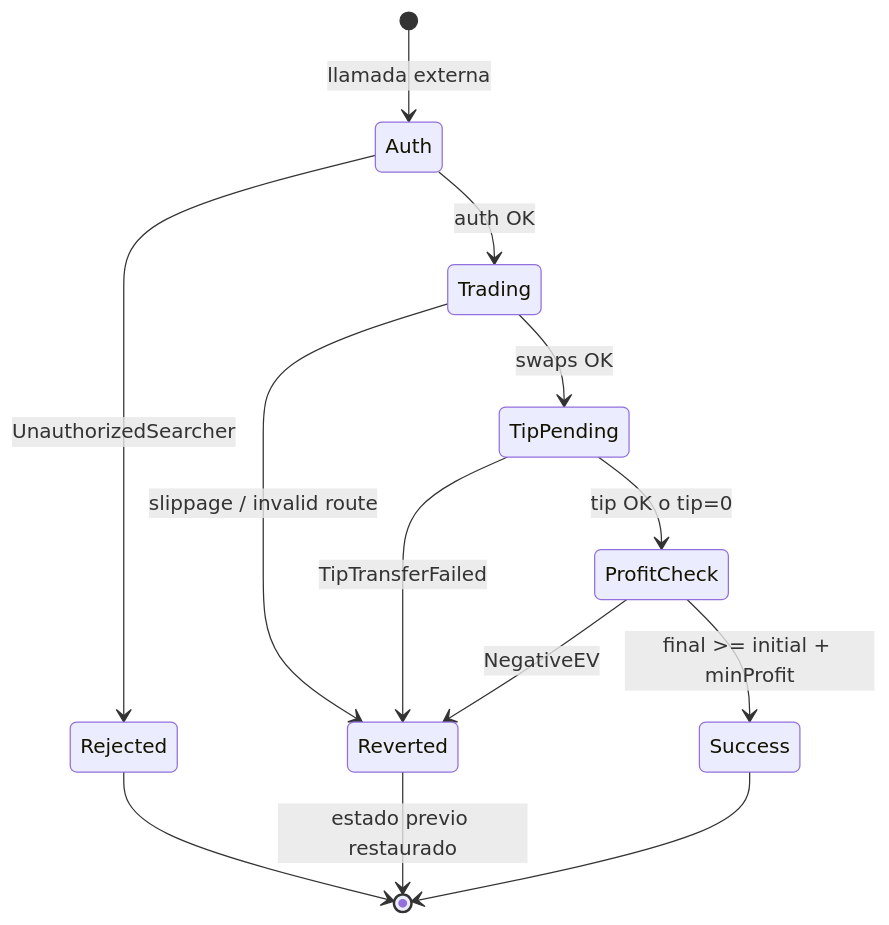
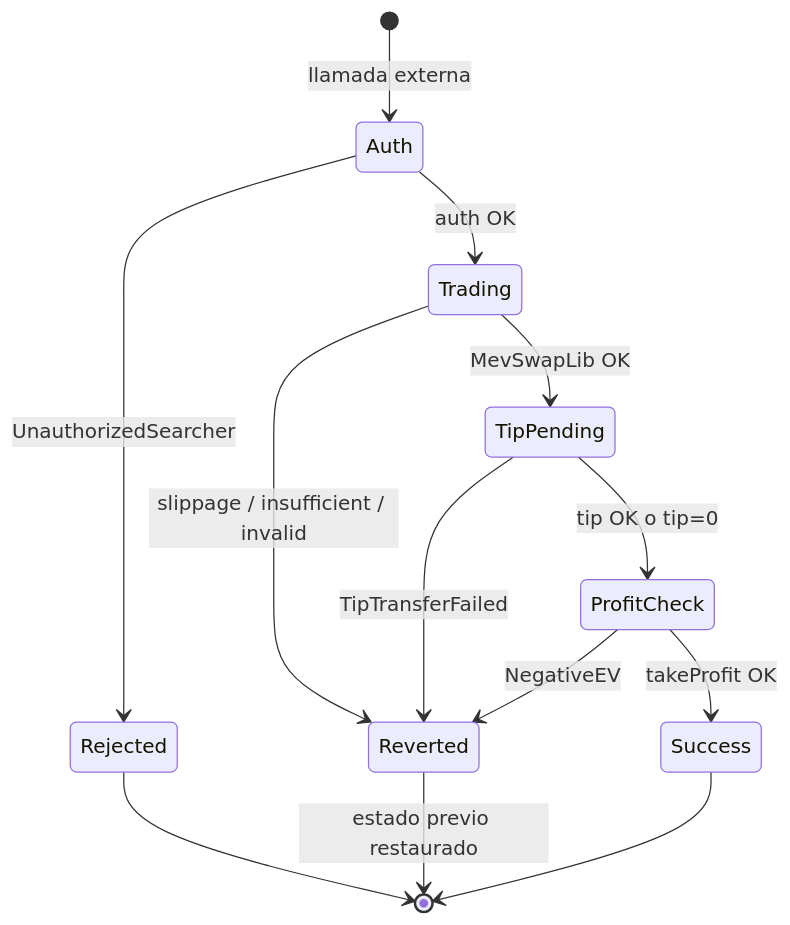
Before and after one commit to rastrahm/mev-hft-infra: the eighth of 9 diagrams in doc/diagrama-de-flujo.md, drawn with Mermaid. The commit also changed other lines of this file and 5 other files, not shown here.

````diff
--- a/doc/diagrama-de-flujo.md
+++ b/doc/diagrama-de-flujo.md
@@ -123,15 +125,15 @@
 ```mermaid
 stateDiagram-v2
     [*] --> Auth: llamada externa
     Auth --> Rejected: UnauthorizedSearcher
     Auth --> Trading: auth OK
-    Trading --> TipPending: swaps OK
-    Trading --> Reverted: slippage / invalid route
+    Trading --> TipPending: MevSwapLib OK
+    Trading --> Reverted: slippage / insufficient / invalid
     TipPending --> ProfitCheck: tip OK o tip=0
     TipPending --> Reverted: TipTransferFailed
-    ProfitCheck --> Success: final >= initial + minProfit
+    ProfitCheck --> Success: takeProfit OK
     ProfitCheck --> Reverted: NegativeEV
     Rejected --> [*]
     Reverted --> [*]: estado previo restaurado
     Success --> [*]
 ```
````
